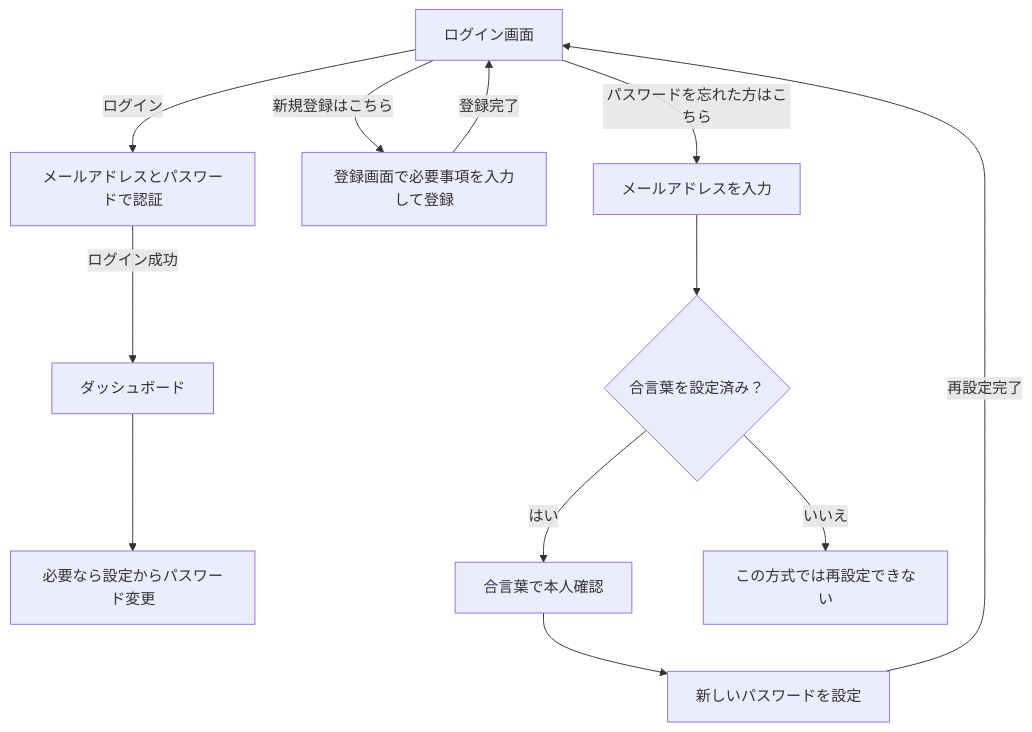
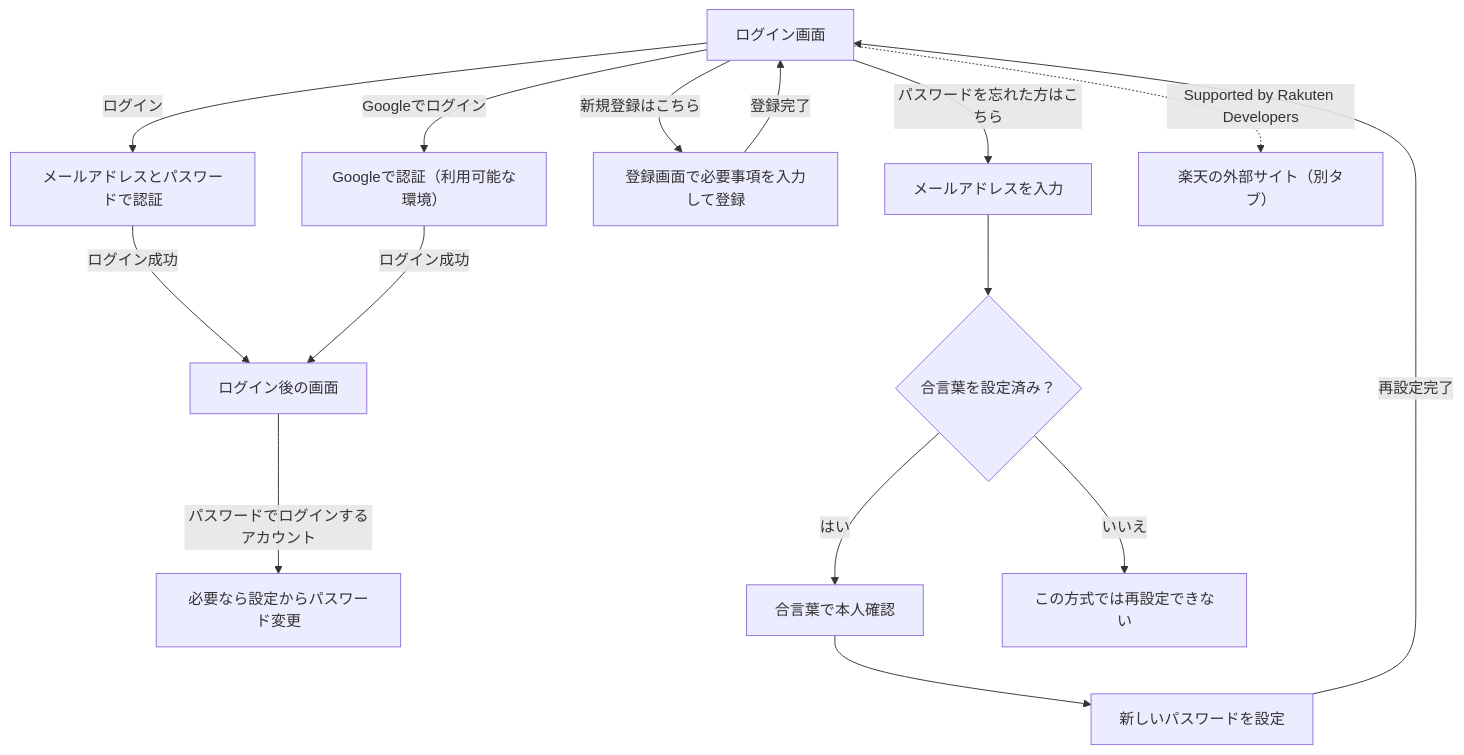
Before and after one commit to yamamotonaoki3/MyBookLibrary: the diagram in docs/features/auth.md, drawn with Mermaid. The commit also changed other lines of this file, not shown here.

Commit message:
docs: ログイン画面の認証導線を補足

````diff
--- a/docs/features/auth.md
+++ b/docs/features/auth.md
@@ -24,14 +24,17 @@
 ```mermaid
 flowchart TD
   A["ログイン画面"] -->|ログイン| B["メールアドレスとパスワードで認証"]
-  B -->|ログイン成功| C["ダッシュボード"]
-  C --> D["必要なら設定からパスワード変更"]
+  B -->|ログイン成功| C["ログイン後の画面"]
+  A -->|Googleでログイン| K["Googleで認証（利用可能な環境）"]
+  K -->|ログイン成功| C
+  C -->|パスワードでログインするアカウント| D["必要なら設定からパスワード変更"]
   A -->|新規登録はこちら| E["登録画面で必要事項を入力して登録"]
   E -->|登録完了| A
   A -->|パスワードを忘れた方はこちら| F["メールアドレスを入力"]
   F --> G{"合言葉を設定済み？"}
   G -->|はい| H["合言葉で本人確認"]
   H --> I["新しいパスワードを設定"]
   I -->|再設定完了| A
   G -->|いいえ| J["この方式では再設定できない"]
+  A -. Supported by Rakuten Developers .-> L["楽天の外部サイト（別タブ）"]
 ```
````
